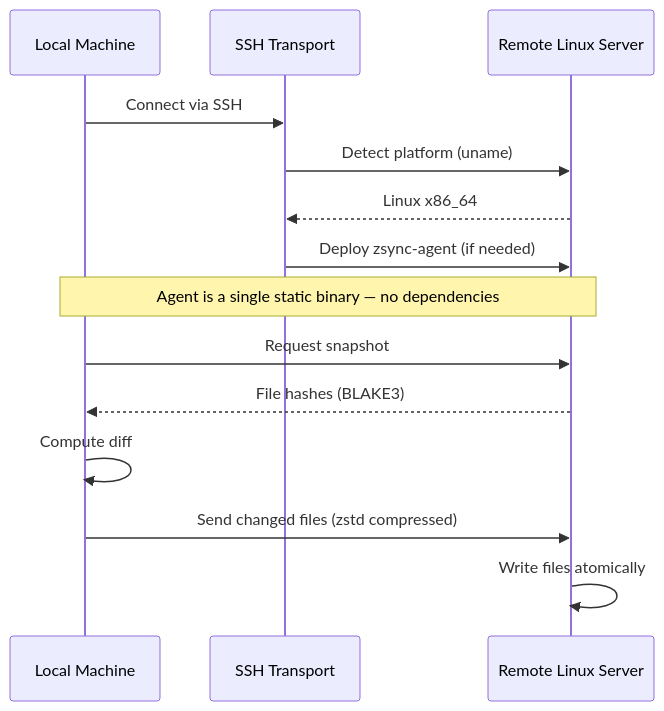
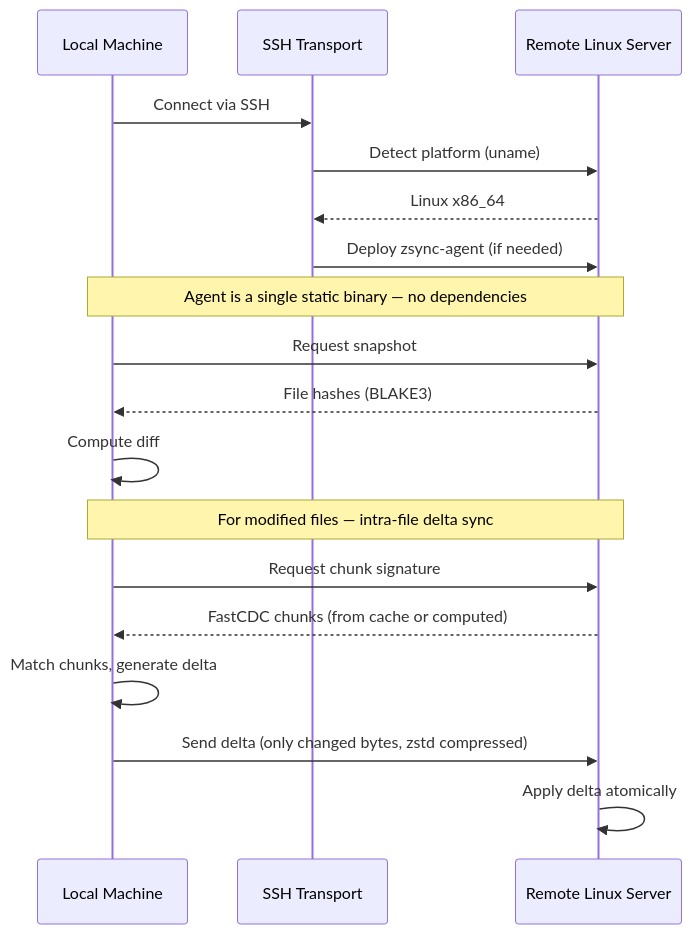
The diagram in README.md (andrewgazelka/zsync), drawn with Mermaid before and after one commit. The commit also changed other lines of this file, not shown here.

Commit message:
docs: highlight FastCDC intra-file delta sync in README

````diff
--- a/README.md
+++ b/README.md
@@ -53,19 +53,25 @@
 ```mermaid
 sequenceDiagram
     participant Local as Local Machine
     participant SSH as SSH Transport
     participant Remote as Remote Linux Server
 
     Local->>SSH: Connect via SSH
     SSH->>Remote: Detect platform (uname)
     Remote-->>SSH: Linux x86_64
     SSH->>Remote: Deploy zsync-agent (if needed)
 
     Note over Local,Remote: Agent is a single static binary — no dependencies
 
     Local->>Remote: Request snapshot
     Remote-->>Local: File hashes (BLAKE3)
     Local->>Local: Compute diff
-    Local->>Remote: Send changed files (zstd compressed)
-    Remote->>Remote: Write files atomically
+
+    Note over Local,Remote: For modified files — intra-file delta sync
+
+    Local->>Remote: Request chunk signature
+    Remote-->>Local: FastCDC chunks (from cache or computed)
+    Local->>Local: Match chunks, generate delta
+    Local->>Remote: Send delta (only changed bytes, zstd compressed)
+    Remote->>Remote: Apply delta atomically
 ```
````
